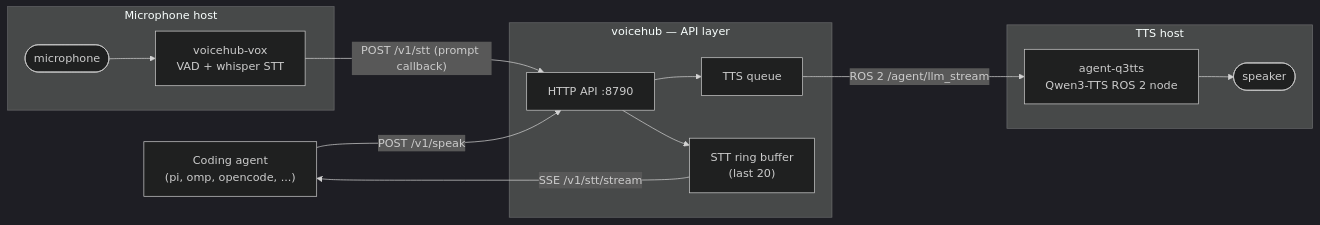
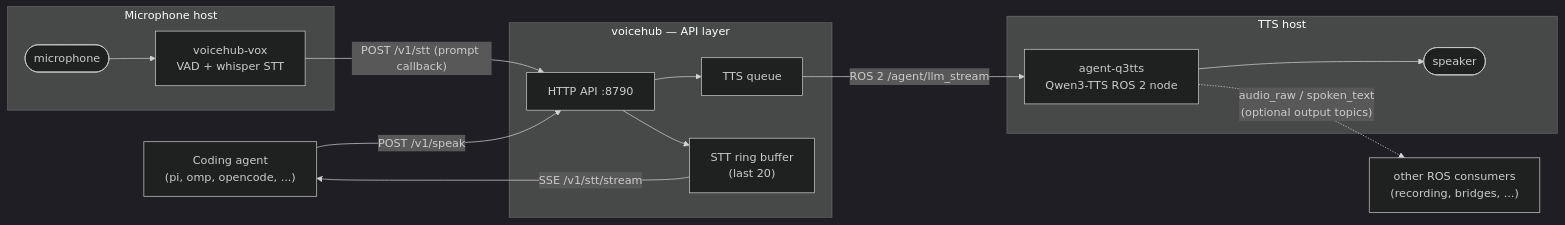
The diagram in README.md (bob-ros2/voicehub), drawn with Mermaid (dark theme) before and after one commit.

Commit message:
README: show optional q3tts audio_raw/spoken_text output in diagram

````diff
--- a/README.md
+++ b/README.md
@@ -9,26 +9,27 @@
 ```mermaid
 flowchart LR
     agent["Coding agent<br/>(pi, omp, opencode, ...)"]
     subgraph hubc["voicehub — API layer"]
         api["HTTP API :8790"]
         tq["TTS queue"]
         sr["STT ring buffer<br/>(last 20)"]
     end
     subgraph tts["TTS host"]
         q3["agent-q3tts<br/>Qwen3-TTS ROS 2 node"]
         speaker(["speaker"])
     end
     subgraph mic["Microphone host"]
         microphone(["microphone"])
         vox["voicehub-vox<br/>VAD + whisper STT"]
     end
 
     agent -->|"POST /v1/speak"| api
     api --> tq
     tq -->|"ROS 2 /agent/llm_stream"| q3
     q3 --> speaker
     microphone --> vox
     vox -->|"POST /v1/stt (prompt callback)"| api
     api --> sr
     sr -->|"SSE /v1/stt/stream"| agent
+    q3 -.->|"audio_raw / spoken_text<br/>(optional output topics)"| out["other ROS consumers<br/>(recording, bridges, ...)"]
 ```
````
